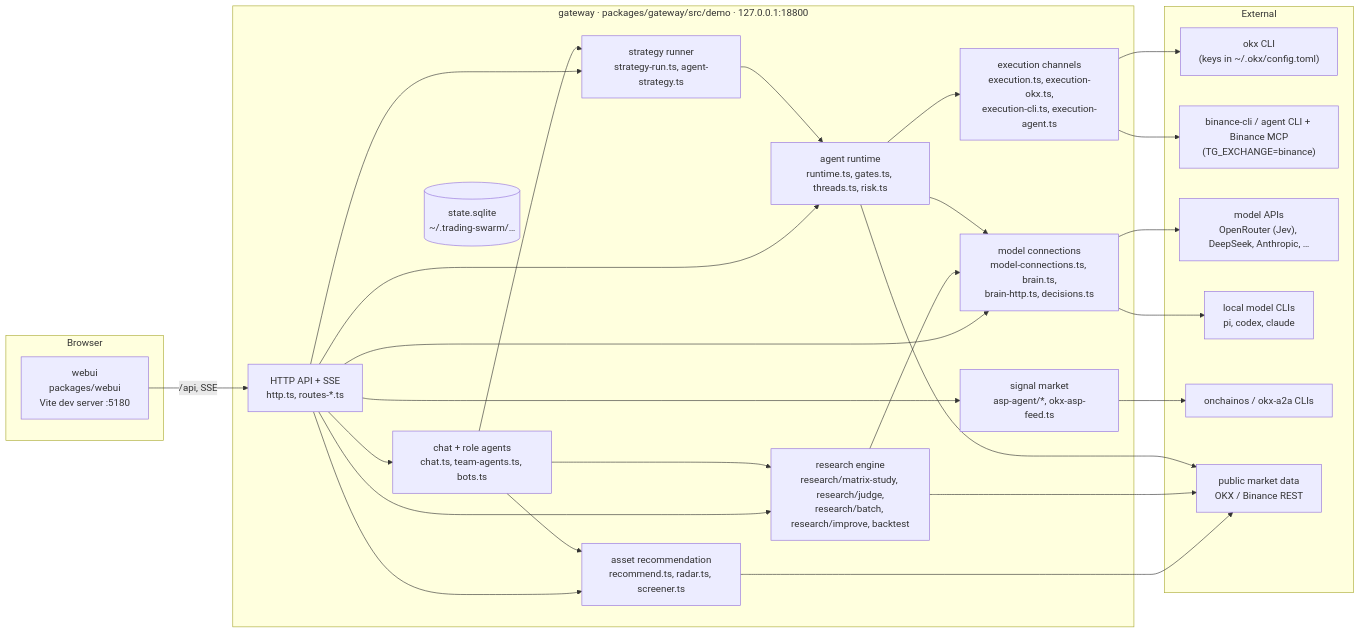
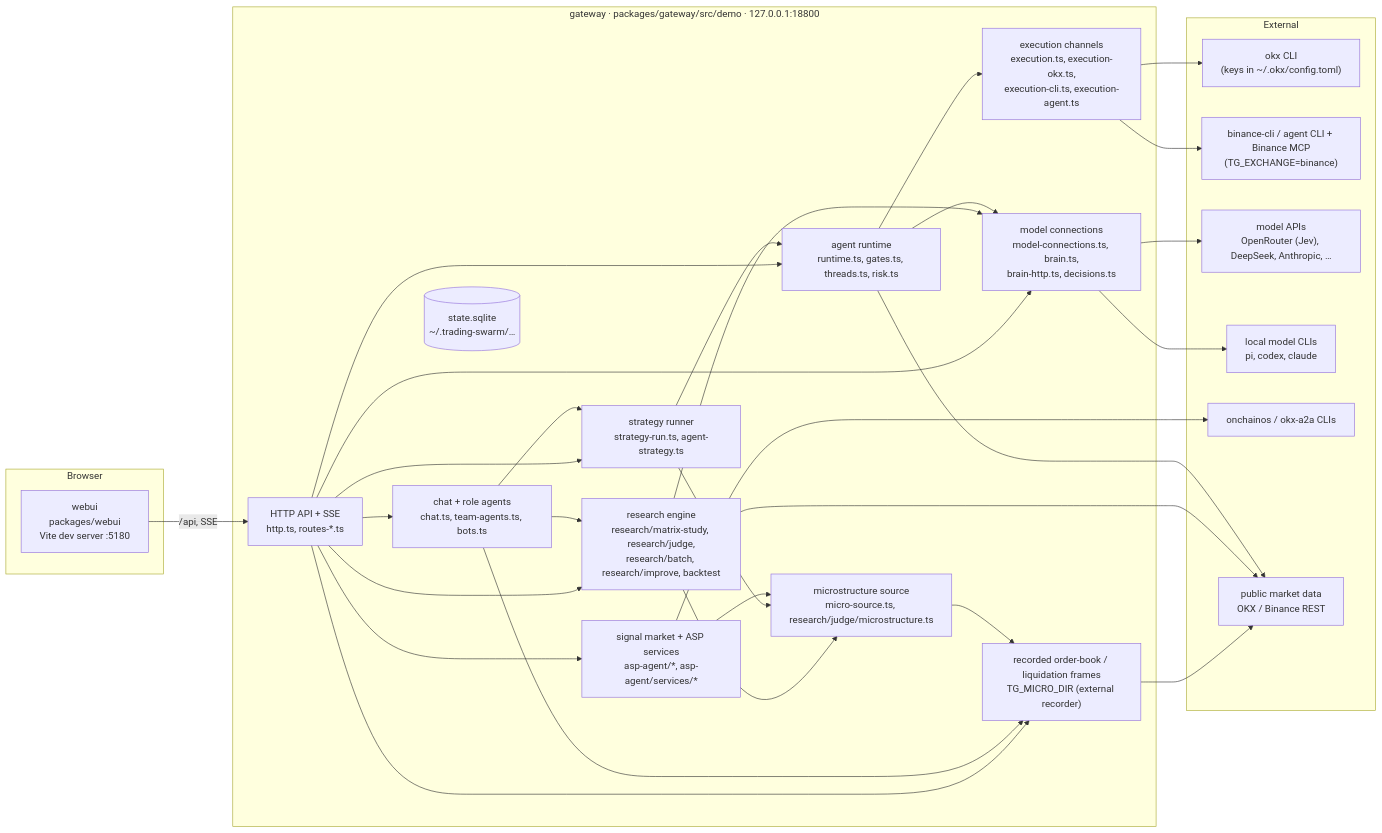
Before and after one commit to 67ss67s/trading-swarm-app: the diagram in docs/ARCHITECTURE.md, drawn with Mermaid. The commit also changed other lines of this file and 257 other files, not shown here.

First line of the commit message:
Sync with latest: matrix research on saved strategies, microstructure features, ASP services

````diff
--- a/docs/ARCHITECTURE.md
+++ b/docs/ARCHITECTURE.md
@@ -9,38 +9,42 @@
 ```mermaid
 flowchart LR
   subgraph Browser
     UI["webui<br/>packages/webui<br/>Vite dev server :5180"]
   end
   subgraph Gateway["gateway · packages/gateway/src/demo · 127.0.0.1:18800"]
     HTTP["HTTP API + SSE<br/>http.ts, routes-*.ts"]
     CHAT["chat + role agents<br/>chat.ts, team-agents.ts, bots.ts"]
     REC["asset recommendation<br/>recommend.ts, radar.ts, screener.ts"]
     RES["research engine<br/>research/matrix-study, research/judge,<br/>research/batch, research/improve, backtest"]
     RUN["strategy runner<br/>strategy-run.ts, agent-strategy.ts"]
     RT["agent runtime<br/>runtime.ts, gates.ts, threads.ts, risk.ts"]
     EXE["execution channels<br/>execution.ts, execution-okx.ts,<br/>execution-cli.ts, execution-agent.ts"]
     MOD["model connections<br/>model-connections.ts, brain.ts,<br/>brain-http.ts, decisions.ts"]
-    ASP["signal market<br/>asp-agent/*, okx-asp-feed.ts"]
+    ASP["signal market + ASP services<br/>asp-agent/*, asp-agent/services/*"]
+    MICRO["microstructure source<br/>micro-source.ts, research/judge/microstructure.ts"]
     DB[("state.sqlite<br/>~/.trading-swarm/…")]
   end
   subgraph External
     OKXCLI["okx CLI<br/>(keys in ~/.okx/config.toml)"]
     BINCLI["binance-cli / agent CLI + Binance MCP<br/>(TG_EXCHANGE=binance)"]
     LLM["model APIs<br/>OpenRouter (Jev), DeepSeek, Anthropic, …"]
     MCLI["local model CLIs<br/>pi, codex, claude"]
     A2A["onchainos / okx-a2a CLIs"]
     PUB["public market data<br/>OKX / Binance REST"]
+    REC["recorded order-book / liquidation frames<br/>TG_MICRO_DIR (external recorder)"]
   end
   UI -- "/api, SSE" --> HTTP
   HTTP --> CHAT & REC & RES & RUN & RT & MOD & ASP
   CHAT --> REC & RES & RUN
   RES --> MOD
   RUN --> RT
   RT --> EXE
   RT --> MOD
   EXE --> OKXCLI & BINCLI
   MOD --> LLM & MCLI
   ASP --> A2A
+  RES & RUN & ASP --> MICRO
+  MICRO --> REC
   REC & RES & RT --> PUB
   Gateway --- DB
 ```
````
